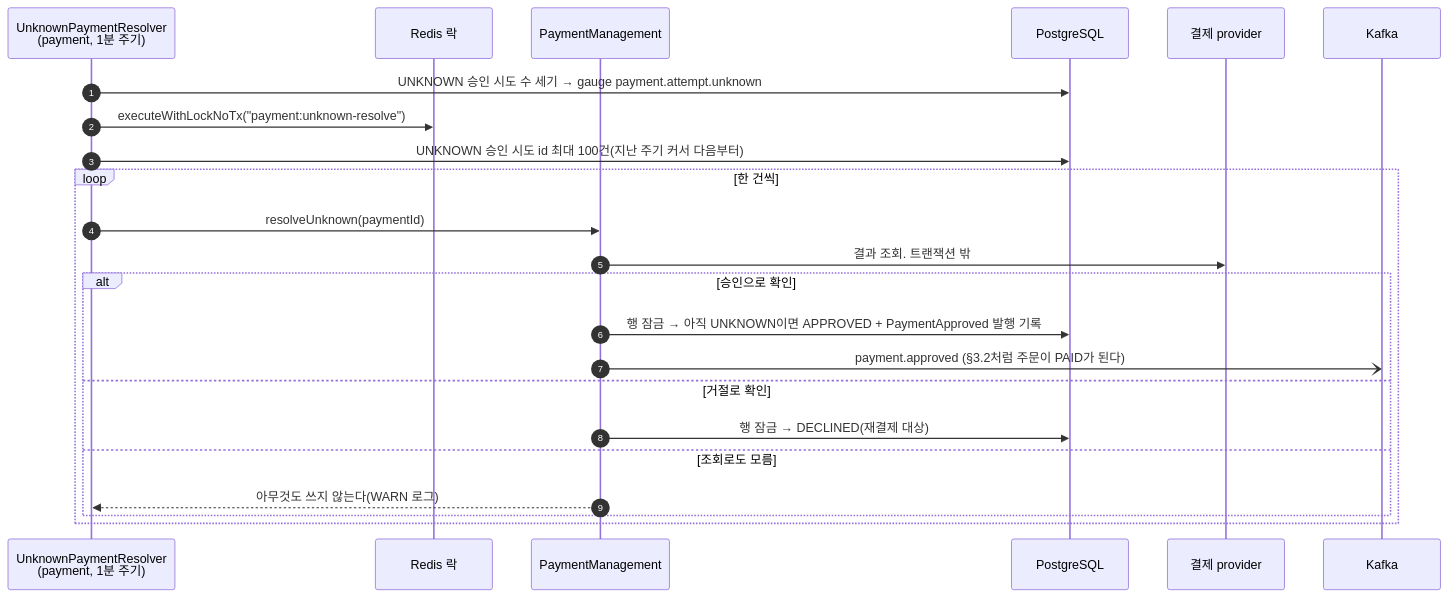
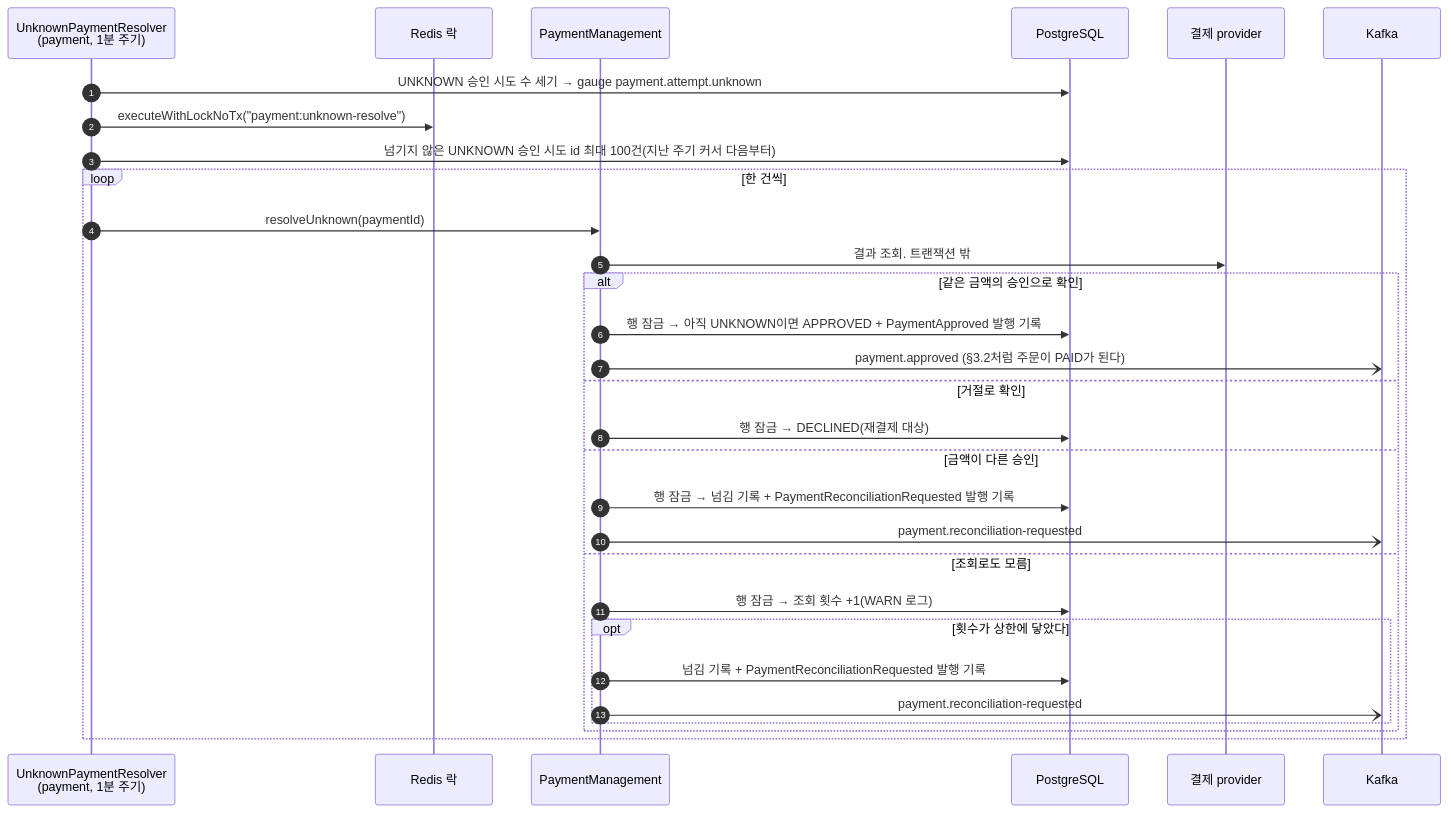
Before and after one commit to char-labs/ResilientPOS: the third of 4 diagrams in docs/wiki/architecture.md, drawn with Mermaid. The commit also changed other lines of this file and 6 other files, not shown here.

````diff
--- a/docs/wiki/architecture.md
+++ b/docs/wiki/architecture.md
@@ -128,26 +129,33 @@
 ```mermaid
 sequenceDiagram
     autonumber
     participant S as UnknownPaymentResolver<br/>(payment, 1분 주기)
     participant L as Redis 락
     participant P as PaymentManagement
     participant DB as PostgreSQL
     participant PG as 결제 provider
     participant K as Kafka
 
     S->>DB: UNKNOWN 승인 시도 수 세기 → gauge payment.attempt.unknown
     S->>L: executeWithLockNoTx("payment:unknown-resolve")
-    S->>DB: UNKNOWN 승인 시도 id 최대 100건(지난 주기 커서 다음부터)
+    S->>DB: 넘기지 않은 UNKNOWN 승인 시도 id 최대 100건(지난 주기 커서 다음부터)
     loop 한 건씩
         S->>P: resolveUnknown(paymentId)
         P->>PG: 결과 조회. 트랜잭션 밖
-        alt 승인으로 확인
+        alt 같은 금액의 승인으로 확인
             P->>DB: 행 잠금 → 아직 UNKNOWN이면 APPROVED + PaymentApproved 발행 기록
             P-)K: payment.approved (§3.2처럼 주문이 PAID가 된다)
         else 거절로 확인
             P->>DB: 행 잠금 → DECLINED(재결제 대상)
+        else 금액이 다른 승인
+            P->>DB: 행 잠금 → 넘김 기록 + PaymentReconciliationRequested 발행 기록
+            P-)K: payment.reconciliation-requested
         else 조회로도 모름
-            P-->>S: 아무것도 쓰지 않는다(WARN 로그)
+            P->>DB: 행 잠금 → 조회 횟수 +1(WARN 로그)
+            opt 횟수가 상한에 닿았다
+                P->>DB: 넘김 기록 + PaymentReconciliationRequested 발행 기록
+                P-)K: payment.reconciliation-requested
+            end
         end
     end
 ```
````
